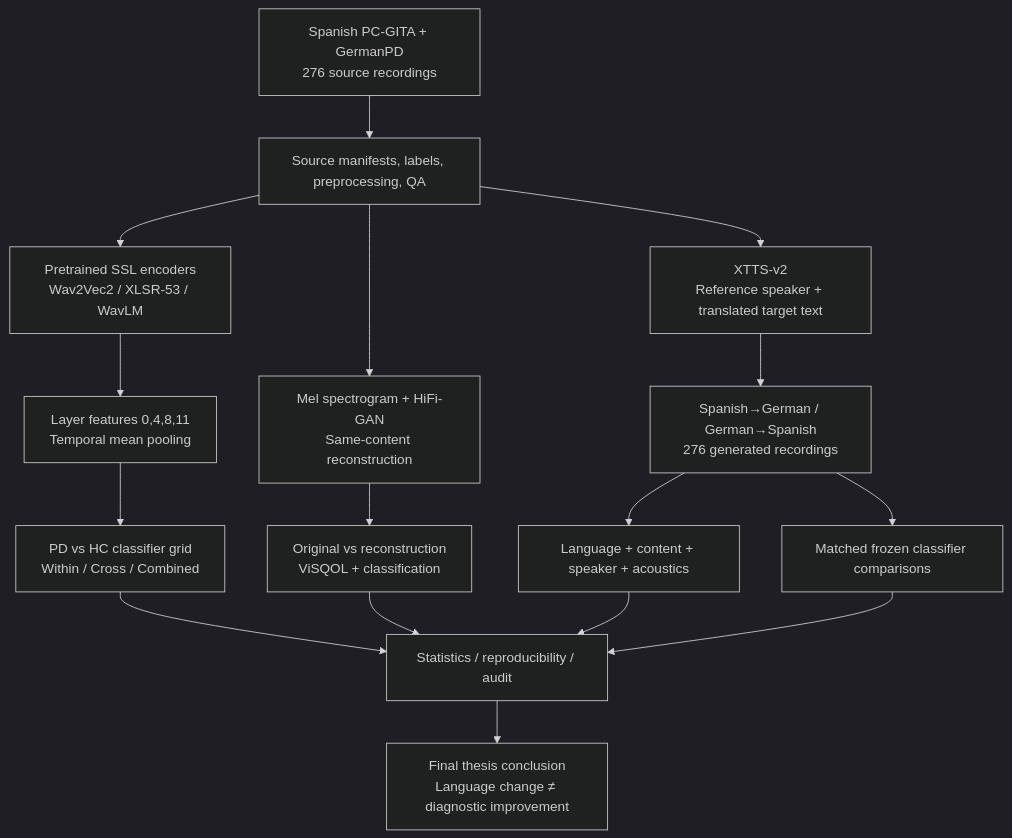
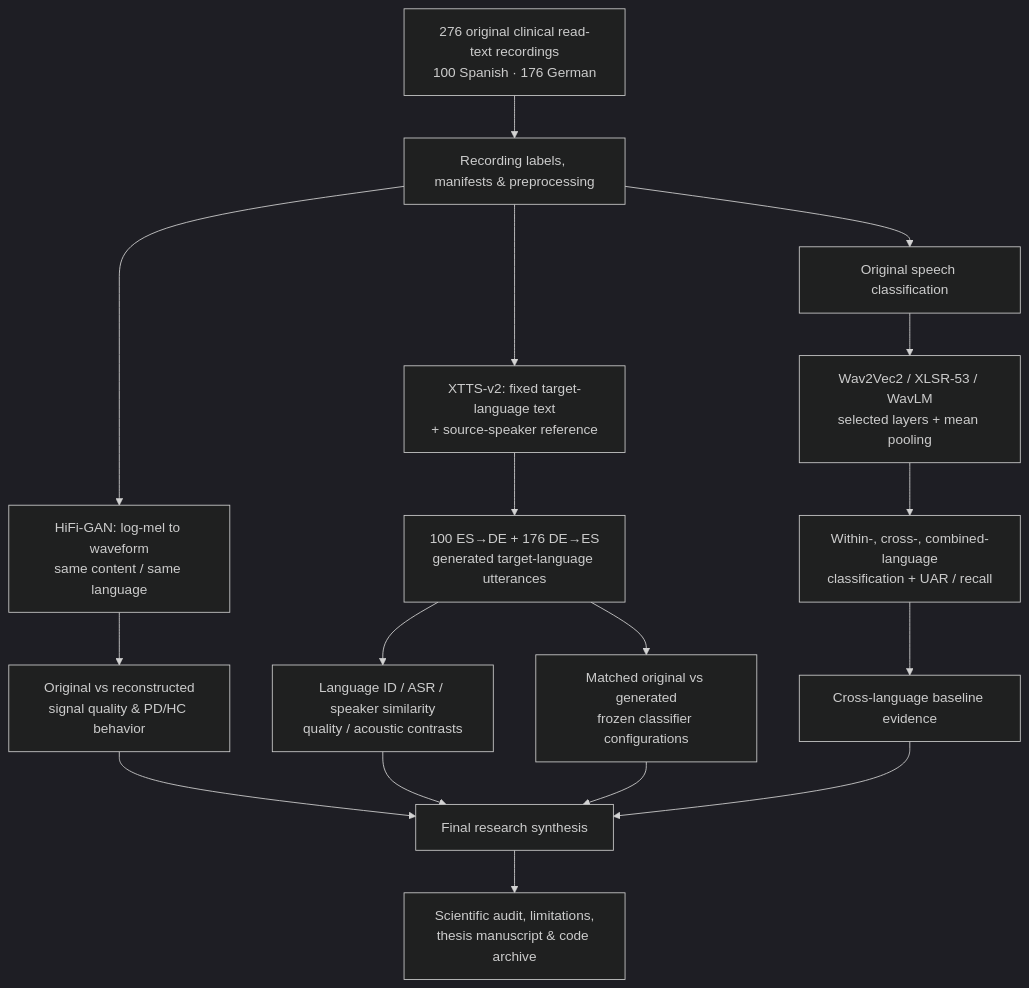
The diagram in README.md (prosenjit-chd/pd-speech-crosslingual-MSc-Thesis-PR_Lab_FAU), drawn with Mermaid (dark theme) before and after one commit. The commit also changed other lines of this file, not shown here.

Commit message:
Update completed thesis README

````diff
--- a/README.md
+++ b/README.md
@@ -179,18 +64,19 @@
 ```mermaid
 flowchart TD
-  D["Spanish PC-GITA + GermanPD<br/>276 source recordings"] --> P[Source manifests, labels, preprocessing, QA]
-  P --> SSL["Pretrained SSL encoders<br/>Wav2Vec2 / XLSR-53 / WavLM"]
-  SSL --> E["Layer features 0,4,8,11<br/>Temporal mean pooling"]
-  E --> C["PD vs HC classifier grid<br/>Within / Cross / Combined"]
-  P --> H["Mel spectrogram + HiFi-GAN<br/>Same-content reconstruction"]
-  H --> HQ["Original vs reconstruction<br/>ViSQOL + classification"]
-  P --> X["XTTS-v2<br/>Reference speaker + translated target text"]
-  X --> G["Spanish→German / German→Spanish<br/>276 generated recordings"]
-  G --> QE[Language + content + speaker + acoustics]
-  G --> GC[Matched frozen classifier comparisons]
-  C --> AUD[Statistics / reproducibility / audit]
-  HQ --> AUD
-  QE --> AUD
-  GC --> AUD
-  AUD --> F["Final thesis conclusion<br/>Language change ≠ diagnostic improvement"]
+  A[276 original clinical read-text recordings<br/>100 Spanish · 176 German] --> B[Recording labels, manifests & preprocessing]
+  B --> C[Original speech classification]
+  B --> D[HiFi-GAN: log-mel to waveform<br/>same content / same language]
+  B --> E[XTTS-v2: fixed target-language text<br/>+ source-speaker reference]
+  C --> F[Wav2Vec2 / XLSR-53 / WavLM<br/>selected layers + mean pooling]
+  D --> G[Original vs reconstructed<br/>signal quality & PD/HC behavior]
+  E --> H[100 ES→DE + 176 DE→ES<br/>generated target-language utterances]
+  H --> I[Language ID / ASR / speaker similarity<br/>quality / acoustic contrasts]
+  F --> J[Within-, cross-, combined-language<br/>classification + UAR / recall]
+  H --> K[Matched original vs generated<br/>frozen classifier configurations]
+  J --> L[Cross-language baseline evidence]
+  G --> M[Final research synthesis]
+  I --> M
+  K --> M
+  L --> M
+  M --> N[Scientific audit, limitations,<br/>thesis manuscript & code archive]
 ```
````
